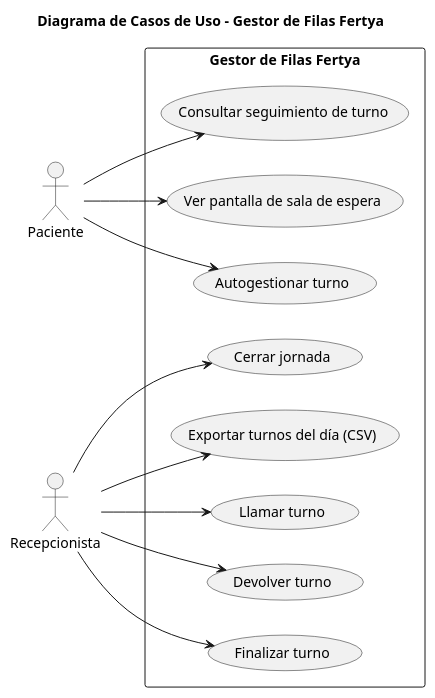
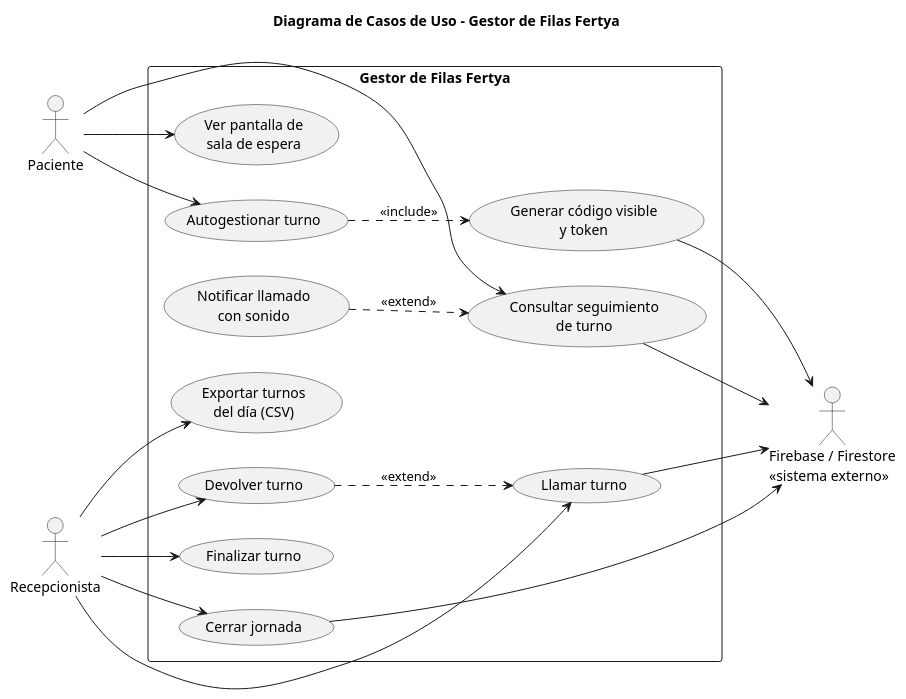
One commit to yamilahummel3-svg/eidas-grupo01-gestorfila changed the diagram in diagramas/casos-de-uso.puml. Above: the diagram before and after it, drawn with PlantUML.

Commit message:
Agrego CU-03 y CU-04 y excepciones reales
Agrego CU-03 y CU-04 y excepciones reales

```diff
--- a/diagramas/casos-de-uso.puml
+++ b/diagramas/casos-de-uso.puml
@@ -1,35 +1,51 @@
 @startuml
 title Diagrama de Casos de Uso - Gestor de Filas Fertya
 
 left to right direction
 
 ' --- Actores ---
 actor "Paciente" as A1
 actor "Recepcionista" as A2
+actor "Firebase / Firestore\n<<sistema externo>>" as S1
 
 ' --- Sistema ---
 rectangle "Gestor de Filas Fertya" {
   usecase "Autogestionar turno" as UC1
-  usecase "Consultar seguimiento de turno" as UC2
+  usecase "Generar código visible\ny token" as UC1a
+  usecase "Consultar seguimiento\nde turno" as UC2
+  usecase "Notificar llamado\ncon sonido" as UC2a
+  usecase "Ver pantalla de\nsala de espera" as UC8
   usecase "Llamar turno" as UC3
   usecase "Devolver turno" as UC4
   usecase "Finalizar turno" as UC5
   usecase "Cerrar jornada" as UC6
-  usecase "Exportar turnos del día (CSV)" as UC7
-  usecase "Ver pantalla de sala de espera" as UC8
+  usecase "Exportar turnos\ndel día (CSV)" as UC7
 }
 
 ' --- Relaciones actor-caso de uso ---
 A1 --> UC1
 A1 --> UC2
 A1 --> UC8
 A2 --> UC3
 A2 --> UC4
 A2 --> UC5
 A2 --> UC6
 A2 --> UC7
 
+' --- Sistema externo (actor secundario) ---
+UC1a --> S1
+UC2 --> S1
+UC3 --> S1
+UC6 --> S1
+
 ' --- Relaciones entre casos de uso ---
-' UC6 .> UC5 : <<include>>
+' include: siempre ocurre (RF-02, RF-03)
+UC1 ..> UC1a : <<include>>
+' No hay include entre "Cerrar jornada" y "Finalizar turno": cerrar jornada finaliza turnos "en-fila",
+' y "Finalizar turno" opera sobre un turno "llamado" (ver justificación en docs/casos-de-uso.md)
+' extend: solo ocurre si el paciente habilitó el sonido y el turno pasa a "llamado" (RF-15)
+UC2a ..> UC2 : <<extend>>
+' extend: solo ocurre si el recepcionista llamó por error o el paciente no se presentó (RF-07)
+UC4 ..> UC3 : <<extend>>
 
 @enduml
```
